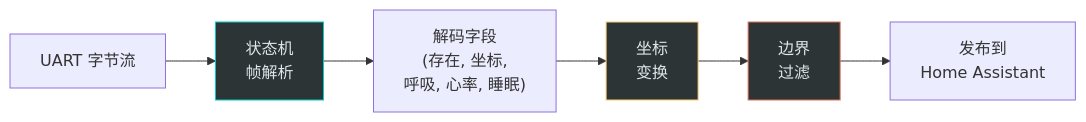
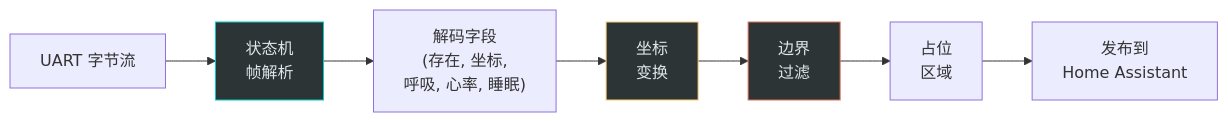
One commit to zomco/mmwave-component changed the fourth of 4 diagrams in DIY_CN.md. Above: the diagram before and after it, drawn with Mermaid. The commit also changed other lines of this file and 102 other files, not shown here.

````diff
--- a/DIY_CN.md
+++ b/DIY_CN.md
@@ -182,15 +205,16 @@
 ```mermaid
 flowchart LR
     UART["UART 字节流"]
     SM["状态机<br>帧解析"]
     DEC["解码字段<br>(存在, 坐标,<br>呼吸, 心率, 睡眠)"]
     XFM["坐标<br>变换"]
     BND["边界<br>过滤"]
+    AREA["占位<br>区域"]
     PUB["发布到<br>Home Assistant"]
 
-    UART --> SM --> DEC --> XFM --> BND --> PUB
+    UART --> SM --> DEC --> XFM --> BND --> AREA --> PUB
 
     style SM fill:#2d3436,stroke:#00cec9,color:#dfe6e9
     style XFM fill:#2d3436,stroke:#fdcb6e,color:#dfe6e9
     style BND fill:#2d3436,stroke:#e17055,color:#dfe6e9
 ```
````
